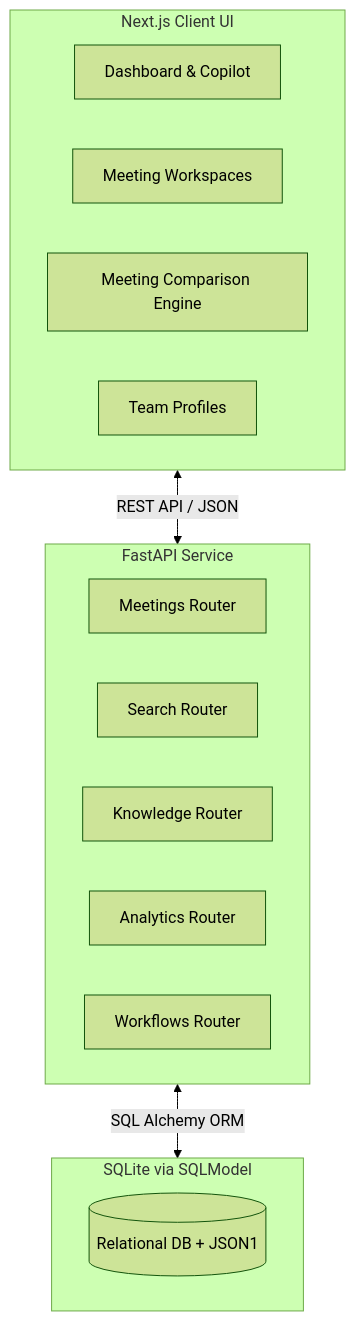
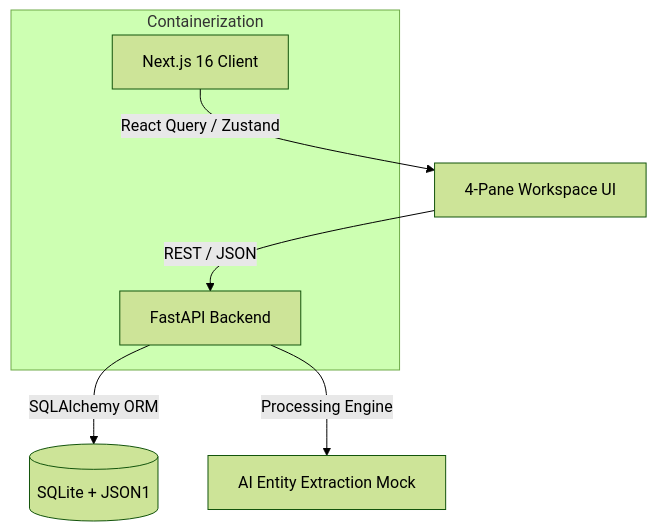
The diagram in README.md (25Rohit25/Recall-Ai), drawn with Mermaid (forest theme) before and after one commit. The commit also changed other lines of this file, not shown here.

````diff
--- a/README.md
+++ b/README.md
@@ -20,28 +46,12 @@
 ```mermaid
 graph TD
-    %% Frontend Layer
-    subgraph Frontend [Next.js Client UI]
-        Dashboard[Dashboard & Copilot]
-        Workspaces[Meeting Workspaces]
-        Compare[Meeting Comparison Engine]
-        Profile[Team Profiles]
+    Client[Next.js 16 Client] -->|React Query / Zustand| UI[4-Pane Workspace UI]
+    UI -->|REST / JSON| API[FastAPI Backend]
+    API -->|SQLAlchemy ORM| DB[(SQLite + JSON1)]
+    API -->|Processing Engine| AI[AI Entity Extraction Mock]
+    
+    subgraph Containerization
+    Client
+    API
     end
-
-    %% Backend Layer
-    subgraph Backend [FastAPI Service]
-        API_Meetings[Meetings Router]
-        API_Search[Search Router]
-        API_Knowledge[Knowledge Router]
-        API_Analytics[Analytics Router]
-        API_Workflows[Workflows Router]
-    end
-
-    %% Database Layer
-    subgraph Database [SQLite via SQLModel]
-        DB[(Relational DB + JSON1)]
-    end
-
-    %% Connections
-    Frontend <--> |REST API / JSON| Backend
-    Backend <--> |SQL Alchemy ORM| Database
 ```
````
